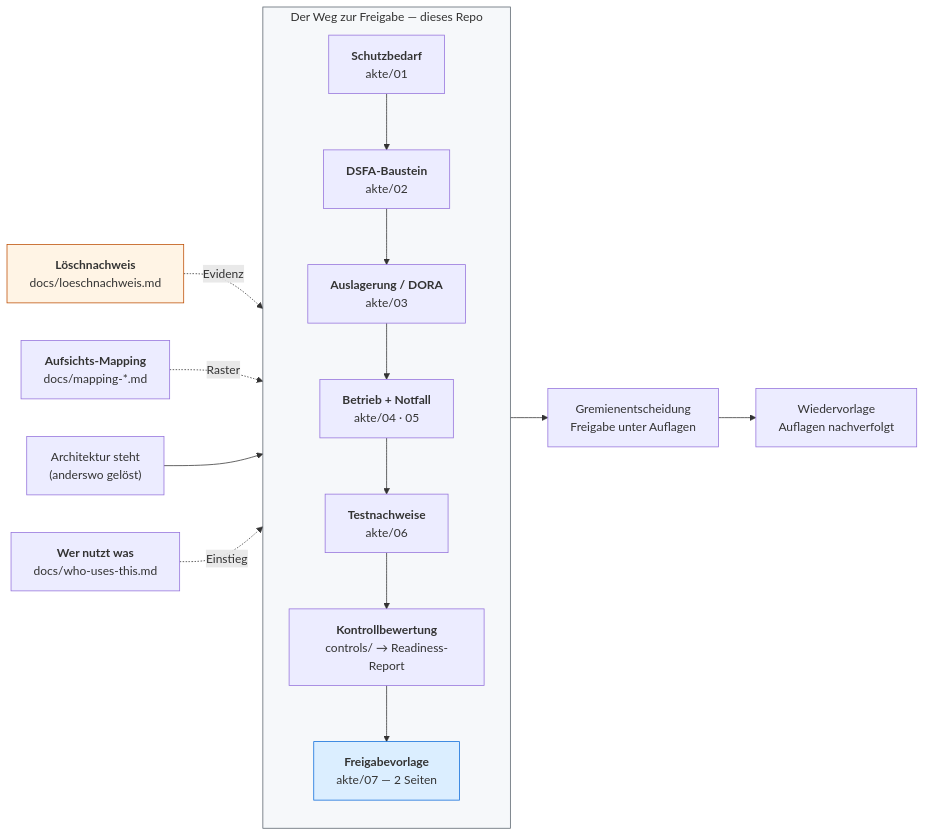
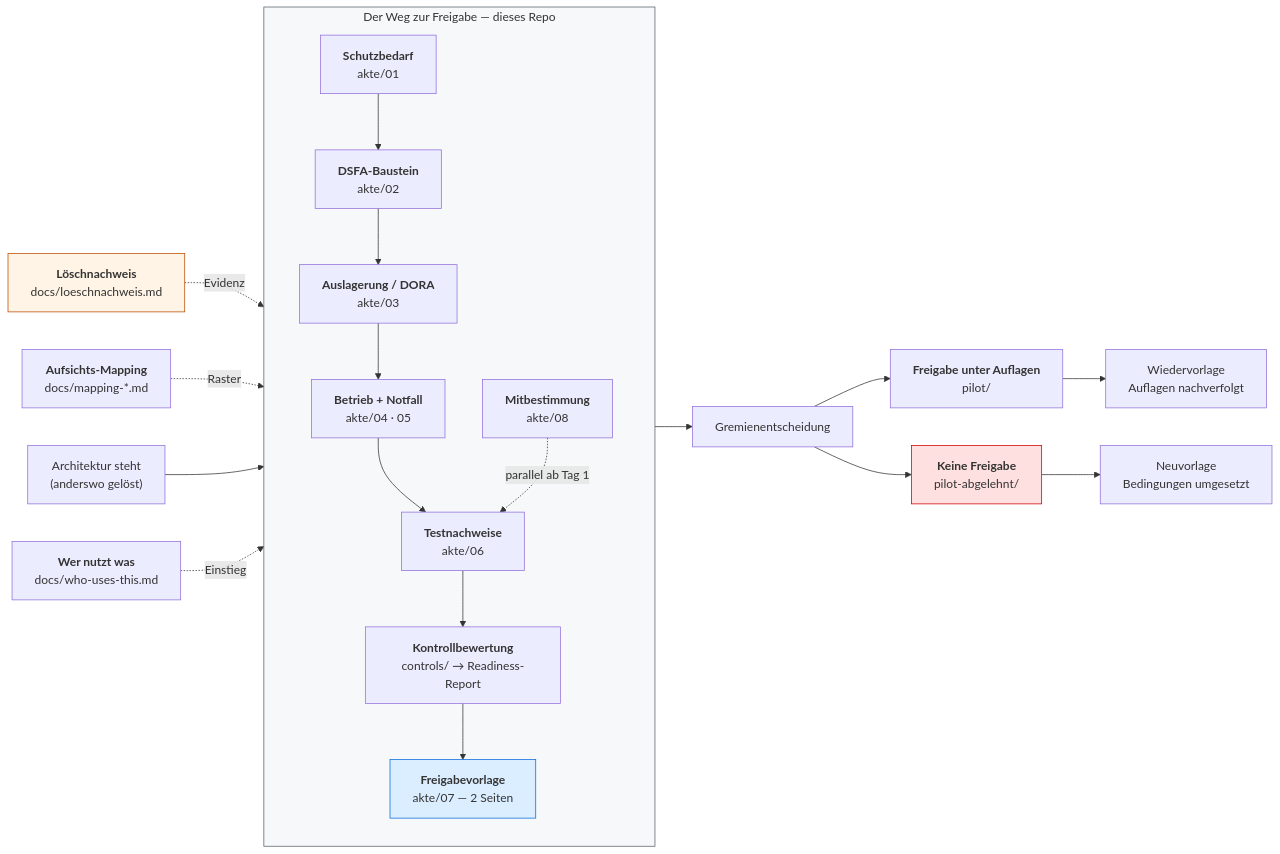
Before and after one commit to leonkoellerwirth-arch/rag-approval-blueprint: the diagram in README.md, drawn with Mermaid. The commit also changed other lines of this file and 6 other files, not shown here.

````diff
--- a/README.md
+++ b/README.md
@@ -39,25 +40,30 @@
 ```mermaid
 flowchart LR
     A["Architektur steht<br/>(anderswo gelöst)"] --> B
 
     subgraph B["Der Weg zur Freigabe — dieses Repo"]
         direction TB
         S1["<b>Schutzbedarf</b><br/>akte/01"] --> S2["<b>DSFA-Baustein</b><br/>akte/02"]
         S2 --> S3["<b>Auslagerung / DORA</b><br/>akte/03"]
         S3 --> S4["<b>Betrieb + Notfall</b><br/>akte/04 · 05"]
         S4 --> S5["<b>Testnachweise</b><br/>akte/06"]
         S5 --> S6["<b>Kontrollbewertung</b><br/>controls/ → Readiness-Report"]
         S6 --> S7["<b>Freigabevorlage</b><br/>akte/07 — 2 Seiten"]
+        S0["<b>Mitbestimmung</b><br/>akte/08"] -.->|parallel ab Tag 1| S5
     end
 
-    B --> C["Gremienentscheidung<br/>Freigabe unter Auflagen"]
-    C --> D["Wiedervorlage<br/>Auflagen nachverfolgt"]
+    B --> C["Gremienentscheidung"]
+    C --> D["<b>Freigabe unter Auflagen</b><br/>pilot/"]
+    C --> E["<b>Keine Freigabe</b><br/>pilot-abgelehnt/"]
+    D --> F["Wiedervorlage<br/>Auflagen nachverfolgt"]
+    E --> G["Neuvorlage<br/>Bedingungen umgesetzt"]
 
     L["<b>Löschnachweis</b><br/>docs/loeschnachweis.md"] -.->|Evidenz| S5
     M["<b>Aufsichts-Mapping</b><br/>docs/mapping-*.md"] -.->|Raster| S6
     W["<b>Wer nutzt was</b><br/>docs/who-uses-this.md"] -.->|Einstieg| B
 
     style B fill:#f6f8fa,stroke:#57606a
     style S7 fill:#dbeeff,stroke:#0969da
     style L fill:#fff4e5,stroke:#bc4c00
+    style E fill:#ffe0e0,stroke:#c00
 ```
````
